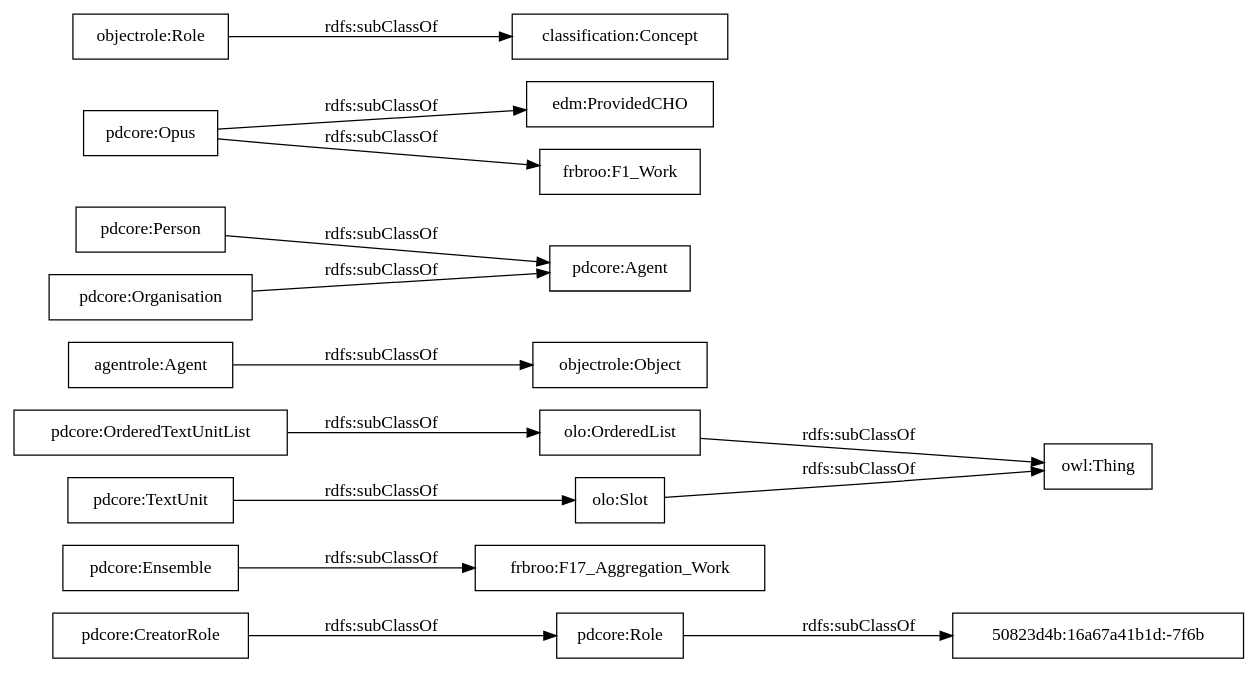
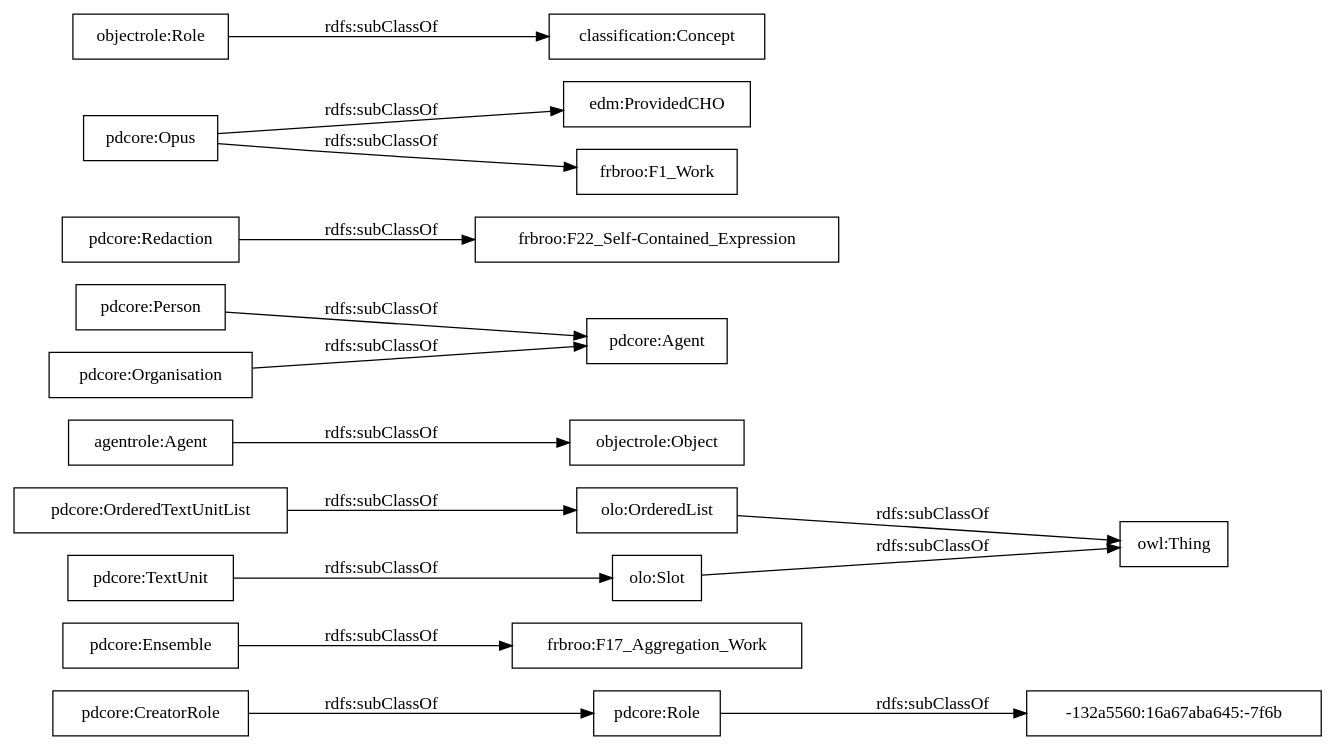
One commit to linhd-postdata/core-ontology changed the diagram in OnToology/postdata-core.owl/diagrams/ar2dtool-taxonomy/postdata-core.owl.png.dot. Above: the diagram before and after it, drawn with Graphviz. The commit also changed 11 other files, not shown here.

```diff
--- a/OnToology/postdata-core.owl/diagrams/ar2dtool-taxonomy/postdata-core.owl.png.dot
+++ b/OnToology/postdata-core.owl/diagrams/ar2dtool-taxonomy/postdata-core.owl.png.dot
@@ -1,19 +1,20 @@
 digraph ar2dtool_diagram { 
 rankdir=LR;
 size="1000"
-node [shape = rectangle, color="black"]; "pdcore:Role" "frbroo:F17_Aggregation_Work" "pdcore:OrderedTextUnitList" "agentrole:Agent" "pdcore:Agent" "pdcore:CreatorRole" "pdcore:Person" "pdcore:Organisation" "50823d4b:16a67a41b1d:-7f6b" "pdcore:Ensemble" "pdcore:TextUnit" "edm:ProvidedCHO" "pdcore:Opus" "frbroo:F1_Work" "owl:Thing" "objectrole:Role" "objectrole:Object" "olo:Slot" "olo:OrderedList" "classification:Concept" ; /*classes style*/
-	"pdcore:Role" -> "50823d4b:16a67a41b1d:-7f6b" [ label = "rdfs:subClassOf" ];
+node [shape = rectangle, color="black"]; "pdcore:Role" "frbroo:F17_Aggregation_Work" "pdcore:OrderedTextUnitList" "agentrole:Agent" "pdcore:Agent" "pdcore:CreatorRole" "pdcore:Person" "pdcore:Organisation" "pdcore:Redaction" "pdcore:Ensemble" "frbroo:F22_Self-Contained_Expression" "pdcore:TextUnit" "-132a5560:16a67aba645:-7f6b" "edm:ProvidedCHO" "pdcore:Opus" "frbroo:F1_Work" "owl:Thing" "objectrole:Role" "objectrole:Object" "olo:Slot" "olo:OrderedList" "classification:Concept" ; /*classes style*/
+	"pdcore:Redaction" -> "frbroo:F22_Self-Contained_Expression" [ label = "rdfs:subClassOf" ];
+	"pdcore:Role" -> "-132a5560:16a67aba645:-7f6b" [ label = "rdfs:subClassOf" ];
 	"pdcore:Opus" -> "frbroo:F1_Work" [ label = "rdfs:subClassOf" ];
 	"pdcore:Opus" -> "edm:ProvidedCHO" [ label = "rdfs:subClassOf" ];
 	"pdcore:Person" -> "pdcore:Agent" [ label = "rdfs:subClassOf" ];
 	"olo:OrderedList" -> "owl:Thing" [ label = "rdfs:subClassOf" ];
 	"olo:Slot" -> "owl:Thing" [ label = "rdfs:subClassOf" ];
 	"pdcore:TextUnit" -> "olo:Slot" [ label = "rdfs:subClassOf" ];
 	"agentrole:Agent" -> "objectrole:Object" [ label = "rdfs:subClassOf" ];
 	"pdcore:Ensemble" -> "frbroo:F17_Aggregation_Work" [ label = "rdfs:subClassOf" ];
 	"pdcore:OrderedTextUnitList" -> "olo:OrderedList" [ label = "rdfs:subClassOf" ];
 	"objectrole:Role" -> "classification:Concept" [ label = "rdfs:subClassOf" ];
 	"pdcore:Organisation" -> "pdcore:Agent" [ label = "rdfs:subClassOf" ];
 	"pdcore:CreatorRole" -> "pdcore:Role" [ label = "rdfs:subClassOf" ];
 
 }
```
